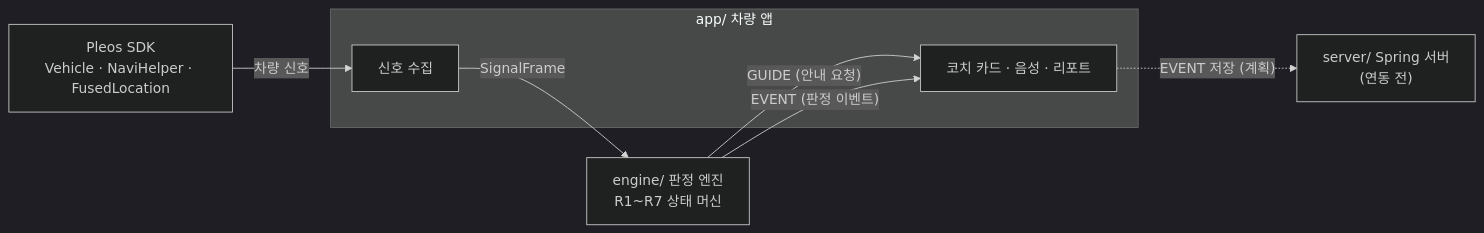
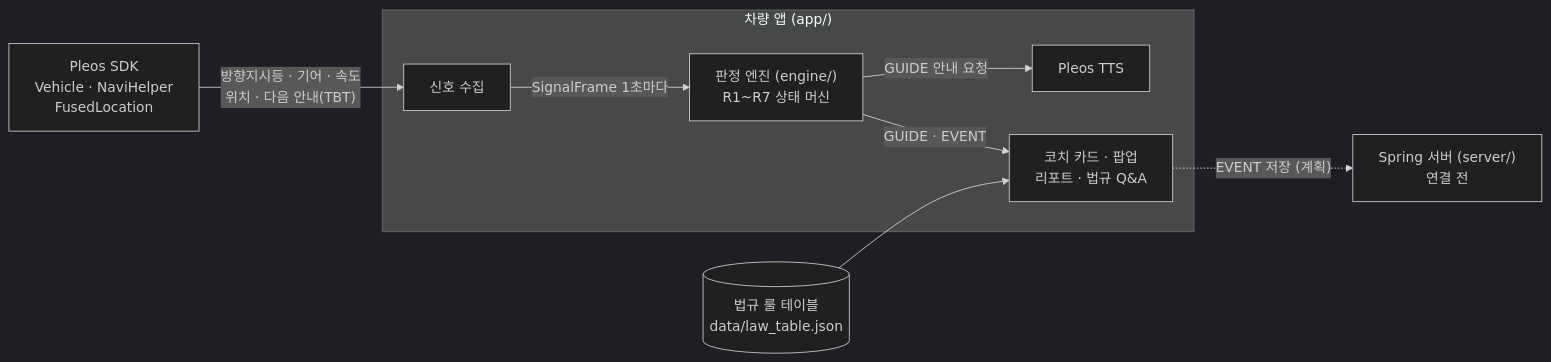
One commit to ParkGyeom/Driver-sense changed the diagram in README.md. Above: the diagram before and after it, drawn with Mermaid (dark theme). The commit also changed other lines of this file and 2 other files, not shown here.

````diff
--- a/README.md
+++ b/README.md
@@ -67,16 +25,19 @@
 ```mermaid
 flowchart LR
-    sdk["Pleos SDK<br/>Vehicle · NaviHelper · FusedLocation"]
-    subgraph app["app/ 차량 앱"]
-        collector["신호 수집"]
-        ui["코치 카드 · 음성 · 리포트"]
+    SDK["Pleos SDK<br/>Vehicle · NaviHelper<br/>FusedLocation"]
+    subgraph APP["차량 앱 (app/)"]
+        C["신호 수집"]
+        E["판정 엔진 (engine/)<br/>R1~R7 상태 머신"]
+        U["코치 카드 · 팝업<br/>리포트 · 법규 Q&A"]
+        T["Pleos TTS"]
     end
-    engine["engine/ 판정 엔진<br/>R1~R7 상태 머신"]
-    server["server/ Spring 서버<br/>(연동 전)"]
+    S["Spring 서버 (server/)<br/>연결 전"]
+    L[("법규 룰 테이블<br/>data/law_table.json")]
 
-    sdk -- "차량 신호" --> collector
-    collector -- "SignalFrame" --> engine
-    engine -- "GUIDE (안내 요청)" --> ui
-    engine -- "EVENT (판정 이벤트)" --> ui
-    ui -. "EVENT 저장 (계획)" .-> server
+    SDK -->|"방향지시등 · 기어 · 속도<br/>위치 · 다음 안내(TBT)"| C
+    C -->|"SignalFrame 1초마다"| E
+    E -->|"GUIDE 안내 요청"| T
+    E -->|"GUIDE · EVENT"| U
+    L --> U
+    U -.->|"EVENT 저장 (계획)"| S
 ```
````
